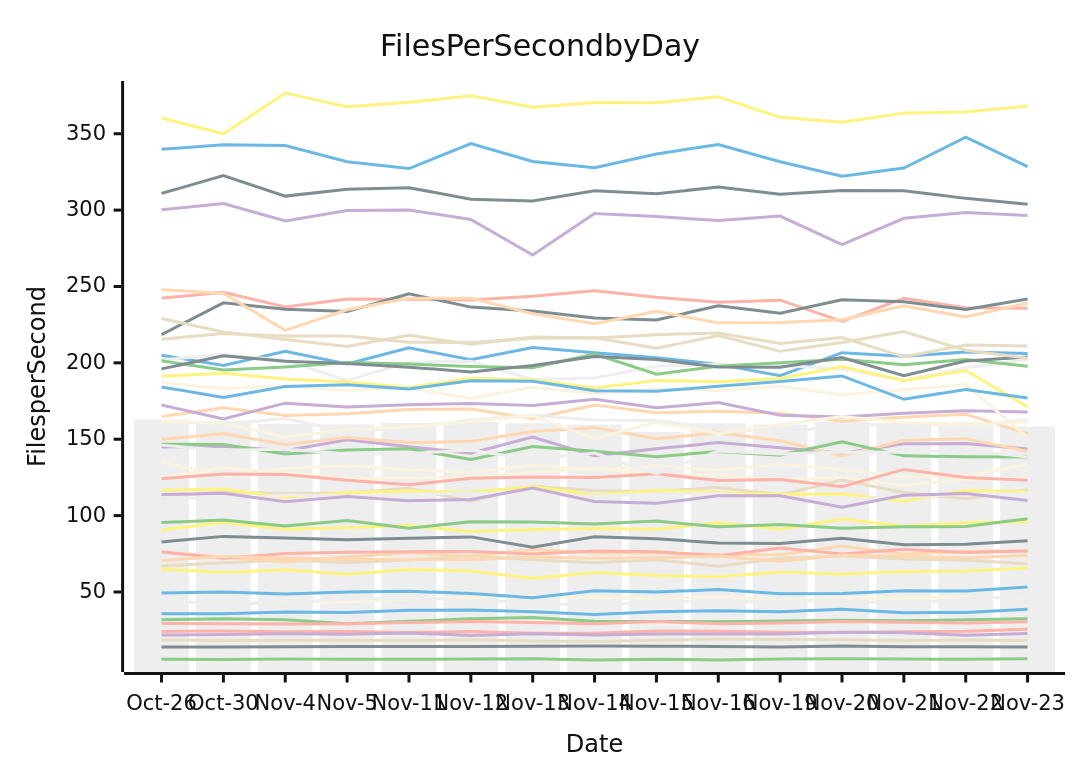
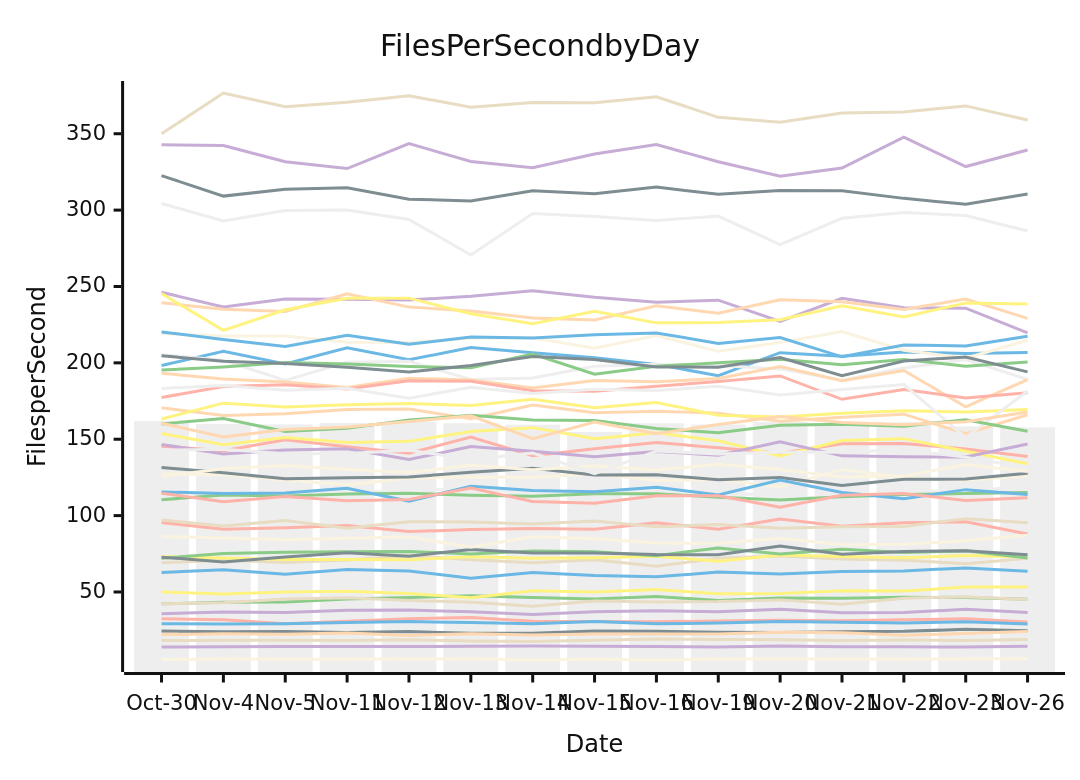
One commit to streetsidesoftware/cspell changed the diagram in perf-report.md. Above: the diagram before and after it, drawn with Mermaid (neutral theme). The commit also changed other lines of this file and 1 other file, not shown here.

````diff
--- a/perf-report.md
+++ b/perf-report.md
@@ -10,57 +10,57 @@
 ```mermaid
 xychart-beta
     title Files Per Second by Day
     y-axis Files per Second
-    x-axis Date [Oct-26, Oct-30, Nov-4, Nov-5, Nov-11, Nov-12, Nov-13, Nov-14, Nov-15, Nov-16, Nov-19, Nov-20, Nov-21, Nov-22, Nov-23]
-    bar [162.88, 161.94, 160.02, 159.72, 160.65, 161.35, 160.47, 159.54, 154.79, 160.46, 159.61, 161.30, 160.06, 161.07, 158.38]
-    line [35.82, 35.71, 36.86, 36.50, 38.05, 38.19, 36.99, 35.25, 37.09, 37.76, 37.04, 38.77, 36.43, 36.55, 38.70]
-    line [6.03, 5.80, 6.05, 5.91, 5.92, 6.05, 6.23, 5.47, 5.95, 5.52, 6.13, 6.21, 6.06, 6.00, 6.29]
-    line [144.85, 145.45, 142.42, 149.63, 145.08, 140.78, 151.35, 139.20, 143.75, 147.85, 144.42, 140.89, 146.99, 147.16, 143.68]
-    line [18.63, 18.25, 18.44, 18.38, 18.23, 18.67, 17.83, 17.56, 18.43, 19.15, 18.91, 18.65, 18.27, 18.52, 18.27]
-    line [24.17, 24.43, 23.95, 24.20, 23.49, 24.08, 23.00, 23.06, 24.50, 24.34, 23.62, 23.53, 24.02, 24.23, 25.56]
-    line [90.60, 95.53, 91.04, 92.11, 93.46, 89.53, 90.84, 91.64, 91.15, 95.31, 91.02, 97.72, 93.01, 95.37, 95.97]
-    line [14.02, 13.97, 14.18, 14.33, 14.26, 14.23, 14.49, 14.71, 14.55, 14.39, 13.95, 14.60, 14.17, 14.18, 13.95]
-    line [164.80, 170.61, 165.61, 166.70, 169.45, 169.81, 163.46, 172.46, 167.41, 168.34, 167.09, 161.78, 164.45, 166.41, 153.59]
-    line [44.31, 42.25, 43.22, 43.49, 45.34, 46.46, 47.61, 46.36, 45.42, 47.07, 44.45, 46.03, 45.93, 46.58, 46.39]
-    line [44.42, 42.24, 42.88, 45.37, 46.20, 44.50, 43.23, 40.60, 44.15, 43.48, 43.70, 44.83, 41.94, 45.87, 46.91]
-    line [204.98, 198.27, 207.58, 199.26, 209.84, 202.01, 209.99, 206.66, 203.31, 199.00, 191.59, 206.65, 204.27, 207.11, 206.14]
-    line [95.45, 97.05, 93.17, 96.79, 91.80, 95.95, 95.87, 94.48, 96.44, 92.65, 94.10, 91.76, 92.63, 92.88, 97.96]
-    line [21.78, 22.12, 22.59, 22.34, 23.16, 21.54, 22.68, 21.85, 22.43, 22.45, 22.56, 23.60, 23.23, 21.70, 22.82]
-    line [67.00, 69.09, 70.86, 69.37, 70.88, 73.81, 71.09, 69.11, 71.10, 66.81, 72.11, 73.56, 71.52, 70.73, 68.53]
-    line [242.41, 246.20, 236.64, 241.81, 241.59, 241.14, 243.55, 247.17, 242.91, 239.70, 241.02, 227.21, 242.23, 236.13, 235.78]
-    line [65.07, 62.75, 64.51, 61.69, 64.67, 63.79, 59.02, 62.70, 60.80, 59.91, 63.00, 61.76, 63.34, 63.78, 65.76]
-    line [310.93, 322.55, 309.17, 313.73, 314.69, 307.18, 306.00, 312.70, 310.78, 315.06, 310.37, 312.90, 312.74, 307.69, 303.77]
-    line [76.44, 72.80, 69.62, 72.93, 75.62, 73.39, 77.86, 75.46, 75.53, 74.48, 74.42, 80.12, 74.68, 76.58, 77.00]
-    line [125.04, 131.49, 128.05, 124.13, 124.73, 125.27, 128.39, 131.06, 126.59, 126.76, 123.53, 124.94, 119.79, 123.77, 123.92]
-    line [201.96, 205.39, 201.71, 188.42, 200.46, 201.07, 189.10, 190.06, 197.82, 199.09, 198.24, 196.06, 188.63, 196.64, 202.22]
-    line [49.37, 49.99, 48.68, 50.03, 50.42, 49.00, 46.22, 50.88, 49.95, 51.56, 48.83, 49.01, 50.78, 50.67, 53.20]
-    line [201.31, 195.27, 197.35, 200.31, 199.19, 197.63, 196.85, 205.77, 192.52, 197.76, 200.10, 202.32, 198.81, 202.16, 197.78]
-    line [172.42, 163.25, 173.61, 171.18, 172.63, 173.35, 172.14, 176.09, 170.54, 174.05, 165.70, 164.60, 166.98, 168.69, 167.81]
-    line [112.16, 115.50, 114.45, 114.87, 117.85, 109.38, 119.29, 116.46, 115.59, 118.49, 113.54, 123.36, 115.17, 111.11, 117.00]
-    line [76.18, 72.03, 75.21, 76.09, 76.34, 76.58, 74.79, 76.80, 76.30, 73.76, 78.85, 74.91, 77.93, 75.92, 76.91]
-    line [116.53, 117.43, 111.89, 115.01, 116.13, 115.22, 119.08, 113.54, 116.51, 115.21, 113.92, 114.16, 109.46, 116.44, 115.65]
-    line [196.07, 204.60, 201.12, 199.63, 197.18, 194.05, 198.31, 204.17, 202.23, 197.34, 197.09, 203.42, 191.56, 201.26, 203.88]
-    line [70.57, 73.22, 72.23, 71.32, 71.25, 71.08, 73.06, 72.16, 72.33, 73.39, 70.13, 74.26, 73.25, 72.41, 73.90]
-    line [135.21, 125.70, 130.73, 132.76, 130.23, 128.16, 133.01, 129.97, 132.49, 129.80, 133.61, 130.16, 125.21, 125.92, 133.37]
-    line [112.63, 110.40, 113.53, 112.85, 114.15, 114.65, 113.36, 112.62, 114.36, 114.33, 111.99, 110.22, 112.37, 113.80, 114.46]
-    line [339.82, 342.79, 342.26, 331.64, 327.21, 343.58, 331.81, 327.76, 336.79, 342.94, 331.62, 322.15, 327.54, 347.69, 328.52]
-    line [31.78, 32.41, 31.83, 29.14, 30.76, 32.43, 33.35, 30.87, 30.71, 30.55, 30.97, 31.56, 31.09, 31.75, 32.47]
-    line [300.22, 304.34, 292.89, 299.81, 300.08, 293.90, 270.62, 297.75, 295.78, 293.19, 296.08, 277.37, 294.62, 298.41, 296.48]
-    line [215.49, 219.14, 217.54, 217.64, 213.57, 213.32, 216.11, 216.43, 209.55, 217.83, 207.54, 213.34, 220.45, 208.25, 203.01]
-    line [29.41, 29.14, 29.07, 29.19, 29.96, 30.60, 29.98, 29.13, 30.65, 29.20, 29.66, 30.68, 30.21, 29.67, 30.46]
-    line [191.17, 193.23, 189.38, 187.47, 183.93, 189.93, 188.83, 183.53, 188.50, 187.66, 189.71, 197.63, 188.37, 194.96, 171.19]
-    line [218.53, 239.32, 235.17, 233.67, 245.24, 236.50, 233.98, 229.39, 228.12, 237.34, 232.45, 241.31, 240.00, 234.88, 241.77]
-    line [149.93, 153.73, 146.39, 151.10, 147.79, 148.60, 155.08, 157.59, 150.36, 154.26, 148.98, 139.01, 149.20, 150.38, 142.14]
-    line [187.18, 183.23, 185.22, 182.14, 183.42, 176.89, 184.07, 179.92, 182.71, 181.97, 184.63, 178.93, 182.57, 185.79, 151.12]
-    line [161.40, 160.02, 163.60, 155.05, 157.20, 162.55, 165.62, 162.61, 162.23, 156.96, 154.28, 159.13, 159.89, 158.58, 162.75]
-    line [184.23, 177.36, 184.49, 185.72, 182.94, 188.28, 187.98, 181.73, 181.49, 184.66, 187.81, 191.42, 176.14, 182.60, 177.02]
-    line [146.69, 146.59, 140.40, 143.02, 143.74, 136.69, 145.20, 142.11, 138.52, 142.01, 139.48, 148.36, 139.11, 138.55, 138.37]
-    line [113.80, 114.69, 109.15, 112.48, 109.72, 110.55, 118.02, 109.29, 108.02, 112.93, 112.97, 105.44, 113.26, 114.47, 109.88]
-    line [229.01, 220.21, 215.36, 210.66, 218.14, 212.13, 216.95, 216.28, 218.40, 219.59, 212.75, 216.58, 203.96, 211.74, 210.99]
-    line [124.19, 127.28, 126.86, 123.18, 120.25, 124.45, 125.35, 124.99, 127.41, 122.93, 123.56, 118.96, 130.24, 124.88, 123.12]
-    line [360.33, 349.95, 376.67, 367.68, 370.64, 374.87, 367.41, 370.51, 370.21, 374.24, 360.74, 357.55, 363.60, 364.19, 368.22]
-    line [82.78, 86.40, 85.26, 84.18, 85.13, 86.07, 79.22, 86.18, 84.80, 82.10, 81.80, 85.25, 80.99, 81.28, 83.53]
-    line [247.95, 245.41, 221.31, 234.75, 242.27, 242.37, 232.19, 225.67, 233.72, 226.18, 226.48, 228.27, 237.35, 230.05, 239.20]
-    line [161.82, 160.48, 151.46, 156.36, 158.02, 161.56, 165.28, 150.34, 161.29, 153.65, 159.58, 164.91, 160.94, 159.52, 161.45]
-    line [146.14, 142.74, 143.48, 140.52, 140.72, 142.75, 136.72, 140.92, 127.38, 142.26, 140.32, 141.64, 141.43, 143.12, 138.28]
+    x-axis Date [Oct-30, Nov-4, Nov-5, Nov-11, Nov-12, Nov-13, Nov-14, Nov-15, Nov-16, Nov-19, Nov-20, Nov-21, Nov-22, Nov-23, Nov-26]
+    bar [161.94, 160.02, 159.72, 160.65, 161.35, 160.47, 159.54, 154.79, 160.46, 159.61, 161.30, 160.06, 161.07, 158.38, 157.84]
+    line [198.27, 207.58, 199.26, 209.84, 202.01, 209.99, 206.66, 203.31, 199.00, 191.59, 206.65, 204.27, 207.11, 206.14, 206.79]
+    line [42.25, 43.22, 43.49, 45.34, 46.46, 47.61, 46.36, 45.42, 47.07, 44.45, 46.03, 45.93, 46.58, 46.39, 45.32]
+    line [13.97, 14.18, 14.33, 14.26, 14.23, 14.49, 14.71, 14.55, 14.39, 13.95, 14.60, 14.17, 14.18, 13.95, 14.51]
+    line [18.25, 18.44, 18.38, 18.23, 18.67, 17.83, 17.56, 18.43, 19.15, 18.91, 18.65, 18.27, 18.52, 18.27, 18.84]
+    line [95.53, 91.04, 92.11, 93.46, 89.53, 90.84, 91.64, 91.15, 95.31, 91.02, 97.72, 93.01, 95.37, 95.97, 88.00]
+    line [49.99, 48.68, 50.03, 50.42, 49.00, 46.22, 50.88, 49.95, 51.56, 48.83, 49.01, 50.78, 50.67, 53.20, 53.20]
+    line [24.43, 23.95, 24.20, 23.49, 24.08, 23.00, 23.06, 24.50, 24.34, 23.62, 23.53, 24.02, 24.23, 25.56, 24.55]
+    line [22.12, 22.59, 22.34, 23.16, 21.54, 22.68, 21.85, 22.43, 22.45, 22.56, 23.60, 23.23, 21.70, 22.82, 24.18]
+    line [127.28, 126.86, 123.18, 120.25, 124.45, 125.35, 124.99, 127.41, 122.93, 123.56, 118.96, 130.24, 124.88, 123.12, 126.04]
+    line [117.43, 111.89, 115.01, 116.13, 115.22, 119.08, 113.54, 116.51, 115.21, 113.92, 114.16, 109.46, 116.44, 115.65, 119.60]
+    line [62.75, 64.51, 61.69, 64.67, 63.79, 59.02, 62.70, 60.80, 59.91, 63.00, 61.76, 63.34, 63.78, 65.76, 63.54]
+    line [110.40, 113.53, 112.85, 114.15, 114.65, 113.36, 112.62, 114.36, 114.33, 111.99, 110.22, 112.37, 113.80, 114.46, 115.19]
+    line [35.71, 36.86, 36.50, 38.05, 38.19, 36.99, 35.25, 37.09, 37.76, 37.04, 38.77, 36.43, 36.55, 38.70, 36.59]
+    line [69.09, 70.86, 69.37, 70.88, 73.81, 71.09, 69.11, 71.10, 66.81, 72.11, 73.56, 71.52, 70.73, 68.53, 72.00]
+    line [145.45, 142.42, 149.63, 145.08, 140.78, 151.35, 139.20, 143.75, 147.85, 144.42, 140.89, 146.99, 147.16, 143.68, 138.65]
+    line [73.22, 72.23, 71.32, 71.25, 71.08, 73.06, 72.16, 72.33, 73.39, 70.13, 74.26, 73.25, 72.41, 73.90, 72.98]
+    line [131.49, 128.05, 124.13, 124.73, 125.27, 128.39, 131.06, 126.59, 126.76, 123.53, 124.94, 119.79, 123.77, 123.92, 127.74]
+    line [170.61, 165.61, 166.70, 169.45, 169.81, 163.46, 172.46, 167.41, 168.34, 167.09, 161.78, 164.45, 166.41, 153.59, 166.06]
+    line [125.70, 130.73, 132.76, 130.23, 128.16, 133.01, 129.97, 132.49, 129.80, 133.61, 130.16, 125.21, 125.92, 133.37, 128.95]
+    line [205.39, 201.71, 188.42, 200.46, 201.07, 189.10, 190.06, 197.82, 199.09, 198.24, 196.06, 188.63, 196.64, 202.22, 189.14]
+    line [115.50, 114.45, 114.87, 117.85, 109.38, 119.29, 116.46, 115.59, 118.49, 113.54, 123.36, 115.17, 111.11, 117.00, 113.77]
+    line [72.03, 75.21, 76.09, 76.34, 76.58, 74.79, 76.80, 76.30, 73.76, 78.85, 74.91, 77.93, 75.92, 76.91, 72.23]
+    line [246.20, 236.64, 241.81, 241.59, 241.14, 243.55, 247.17, 242.91, 239.70, 241.02, 227.21, 242.23, 236.13, 235.78, 219.62]
+    line [97.05, 93.17, 96.79, 91.80, 95.95, 95.87, 94.48, 96.44, 92.65, 94.10, 91.76, 92.63, 92.88, 97.96, 95.37]
+    line [32.41, 31.83, 29.14, 30.76, 32.43, 33.35, 30.87, 30.71, 30.55, 30.97, 31.56, 31.09, 31.75, 32.47, 30.32]
+    line [163.25, 173.61, 171.18, 172.63, 173.35, 172.14, 176.09, 170.54, 174.05, 165.70, 164.60, 166.98, 168.69, 167.81, 169.46]
+    line [72.80, 69.62, 72.93, 75.62, 73.39, 77.86, 75.46, 75.53, 74.48, 74.42, 80.12, 74.68, 76.58, 77.00, 74.42]
+    line [193.23, 189.38, 187.47, 183.93, 189.93, 188.83, 183.53, 188.50, 187.66, 189.71, 197.63, 188.37, 194.96, 171.19, 189.09]
+    line [219.14, 217.54, 217.64, 213.57, 213.32, 216.11, 216.43, 209.55, 217.83, 207.54, 213.34, 220.45, 208.25, 203.01, 214.82]
+    line [304.34, 292.89, 299.81, 300.08, 293.90, 270.62, 297.75, 295.78, 293.19, 296.08, 277.37, 294.62, 298.41, 296.48, 286.36]
+    line [29.14, 29.07, 29.19, 29.96, 30.60, 29.98, 29.13, 30.65, 29.20, 29.66, 30.68, 30.21, 29.67, 30.46, 29.03]
+    line [195.27, 197.35, 200.31, 199.19, 197.63, 196.85, 205.77, 192.52, 197.76, 200.10, 202.32, 198.81, 202.16, 197.78, 200.50]
+    line [342.79, 342.26, 331.64, 327.21, 343.58, 331.81, 327.76, 336.79, 342.94, 331.62, 322.15, 327.54, 347.69, 328.52, 339.35]
+    line [42.24, 42.88, 45.37, 46.20, 44.50, 43.23, 40.60, 44.15, 43.48, 43.70, 44.83, 41.94, 45.87, 46.91, 45.10]
+    line [177.36, 184.49, 185.72, 182.94, 188.28, 187.98, 181.73, 181.49, 184.66, 187.81, 191.42, 176.14, 182.60, 177.02, 180.37]
+    line [153.73, 146.39, 151.10, 147.79, 148.60, 155.08, 157.59, 150.36, 154.26, 148.98, 139.01, 149.20, 150.38, 142.14, 133.89]
+    line [204.60, 201.12, 199.63, 197.18, 194.05, 198.31, 204.17, 202.23, 197.34, 197.09, 203.42, 191.56, 201.26, 203.88, 194.08]
+    line [239.32, 235.17, 233.67, 245.24, 236.50, 233.98, 229.39, 228.12, 237.34, 232.45, 241.31, 240.00, 234.88, 241.77, 229.08]
+    line [5.80, 6.05, 5.91, 5.92, 6.05, 6.23, 5.47, 5.95, 5.52, 6.13, 6.21, 6.06, 6.00, 6.29, 6.32]
+    line [183.23, 185.22, 182.14, 183.42, 176.89, 184.07, 179.92, 182.71, 181.97, 184.63, 178.93, 182.57, 185.79, 151.12, 181.61]
+    line [220.21, 215.36, 210.66, 218.14, 212.13, 216.95, 216.28, 218.40, 219.59, 212.75, 216.58, 203.96, 211.74, 210.99, 217.47]
+    line [160.02, 163.60, 155.05, 157.20, 162.55, 165.62, 162.61, 162.23, 156.96, 154.28, 159.13, 159.89, 158.58, 162.75, 155.24]
+    line [146.59, 140.40, 143.02, 143.74, 136.69, 145.20, 142.11, 138.52, 142.01, 139.48, 148.36, 139.11, 138.55, 138.37, 146.84]
+    line [349.95, 376.67, 367.68, 370.64, 374.87, 367.41, 370.51, 370.21, 374.24, 360.74, 357.55, 363.60, 364.19, 368.22, 359.00]
+    line [114.69, 109.15, 112.48, 109.72, 110.55, 118.02, 109.29, 108.02, 112.93, 112.97, 105.44, 113.26, 114.47, 109.88, 111.76]
+    line [245.41, 221.31, 234.75, 242.27, 242.37, 232.19, 225.67, 233.72, 226.18, 226.48, 228.27, 237.35, 230.05, 239.20, 238.48]
+    line [322.55, 309.17, 313.73, 314.69, 307.18, 306.00, 312.70, 310.78, 315.06, 310.37, 312.90, 312.74, 307.69, 303.77, 310.48]
+    line [160.48, 151.46, 156.36, 158.02, 161.56, 165.28, 150.34, 161.29, 153.65, 159.58, 164.91, 160.94, 159.52, 161.45, 167.89]
+    line [86.40, 85.26, 84.18, 85.13, 86.07, 79.22, 86.18, 84.80, 82.10, 81.80, 85.25, 80.99, 81.28, 83.53, 87.20]
+    line [142.74, 143.48, 140.52, 140.72, 142.75, 136.72, 140.92, 127.38, 142.26, 140.32, 141.64, 141.43, 143.12, 138.28, 131.12]
 ```
````
